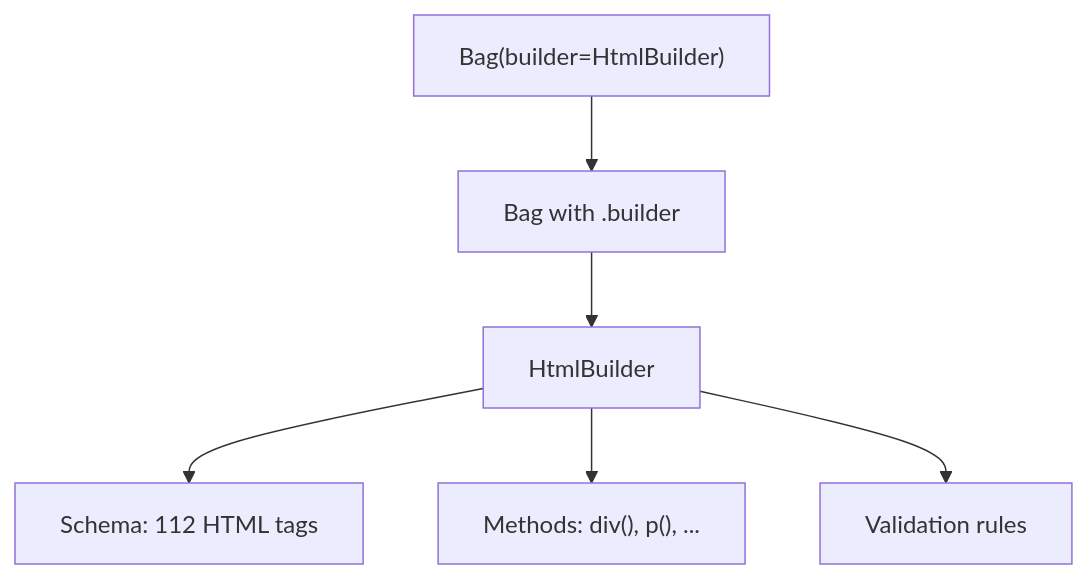
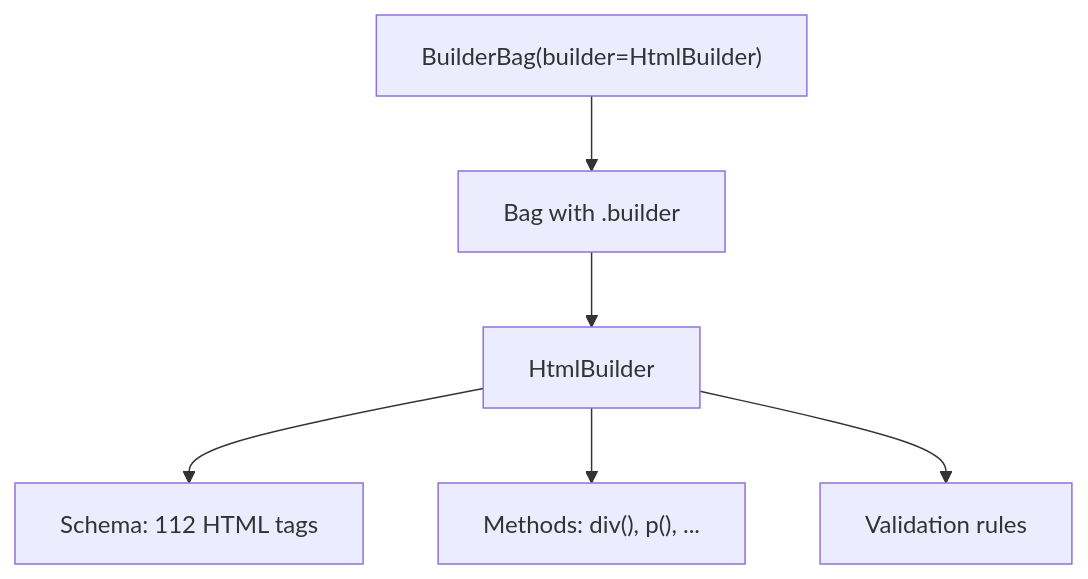
Before and after one commit to genropy/genro-builders: the first of 3 diagrams in docs/builders/architecture.md, drawn with Mermaid. The commit also changed other lines of this file and 16 other files, not shown here.

````diff
--- a/docs/builders/architecture.md
+++ b/docs/builders/architecture.md
@@ -5,8 +5,8 @@
 ```{mermaid}
 flowchart TB
-    A["Bag(builder=HtmlBuilder)"] --> B[Bag with .builder]
+    A["BuilderBag(builder=HtmlBuilder)"] --> B[Bag with .builder]
     B --> C[HtmlBuilder]
     C --> D[Schema: 112 HTML tags]
     C --> E["Methods: div(), p(), ..."]
     C --> F[Validation rules]
 ```
````
